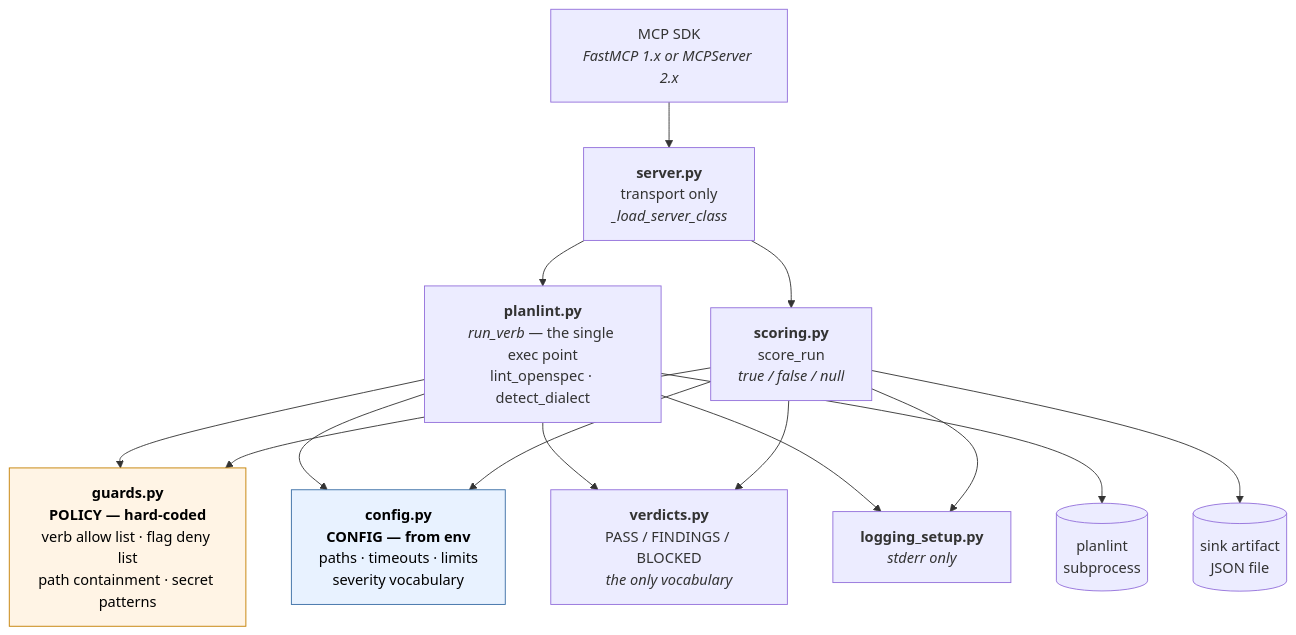
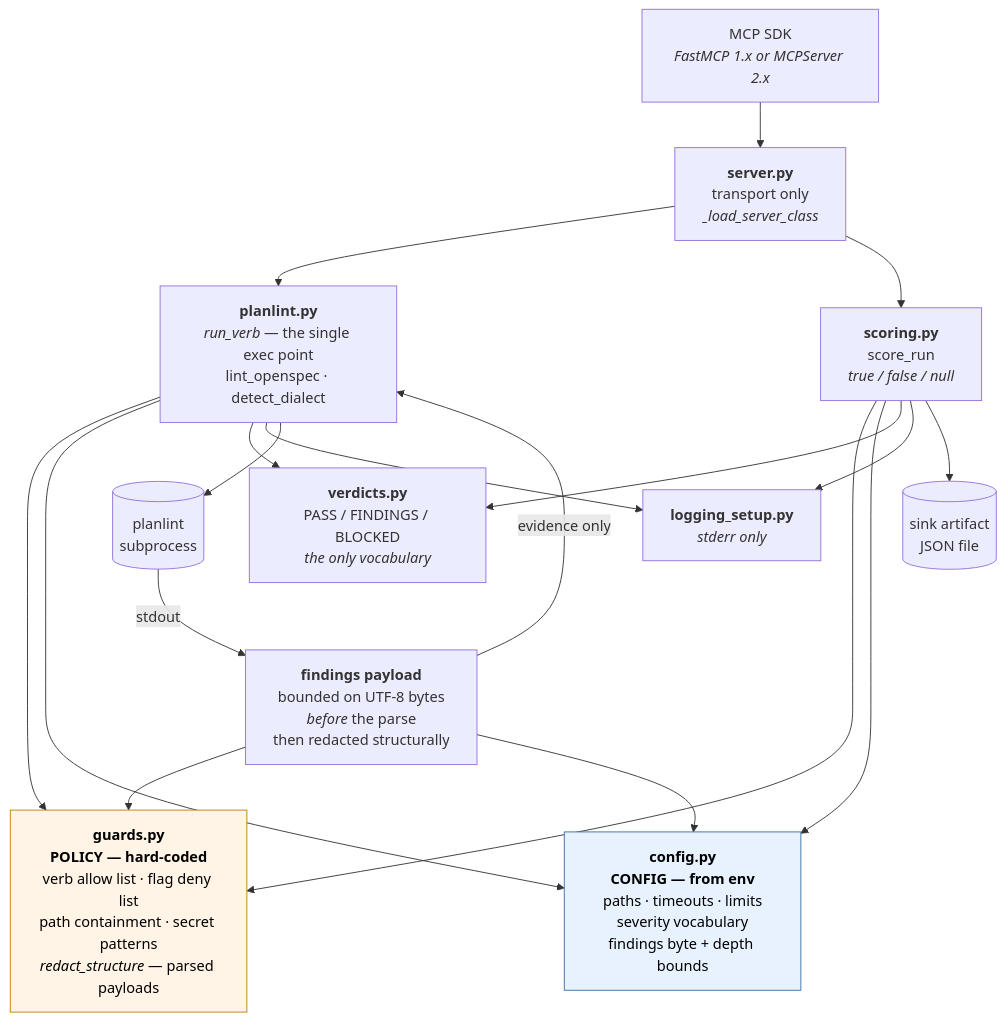
Before and after one commit to ianshank/Foundry-week-1: the third of 5 diagrams in docs/architecture/C4.md, drawn with Mermaid. The commit also changed other lines of this file and 27 other files, not shown here.

````diff
--- a/docs/architecture/C4.md
+++ b/docs/architecture/C4.md
@@ -110,35 +110,40 @@
 ```mermaid
 graph TD
     sdk["MCP SDK<br/><i>FastMCP 1.x or MCPServer 2.x</i>"]
     server["<b>server.py</b><br/>transport only<br/><i>_load_server_class</i>"]
 
     planlint_mod["<b>planlint.py</b><br/><i>run_verb</i> — the single exec point<br/>lint_openspec · detect_dialect"]
     scoring["<b>scoring.py</b><br/>score_run<br/><i>true / false / null</i>"]
 
-    guards["<b>guards.py</b><br/><b>POLICY — hard-coded</b><br/>verb allow list · flag deny list<br/>path containment · secret patterns"]
-    config["<b>config.py</b><br/><b>CONFIG — from env</b><br/>paths · timeouts · limits<br/>severity vocabulary"]
+    guards["<b>guards.py</b><br/><b>POLICY — hard-coded</b><br/>verb allow list · flag deny list<br/>path containment · secret patterns<br/><i>redact_structure</i> — parsed payloads"]
+    config["<b>config.py</b><br/><b>CONFIG — from env</b><br/>paths · timeouts · limits<br/>severity vocabulary<br/>findings byte + depth bounds"]
     verdicts["<b>verdicts.py</b><br/>PASS / FINDINGS / BLOCKED<br/><i>the only vocabulary</i>"]
     logs["<b>logging_setup.py</b><br/><i>stderr only</i>"]
 
     proc[("planlint<br/>subprocess")]
     artifact[("sink artifact<br/>JSON file")]
+    payload["<b>findings payload</b><br/>bounded on UTF-8 bytes<br/><i>before</i> the parse<br/>then redacted structurally"]
 
     sdk --> server
     server --> planlint_mod
     server --> scoring
     planlint_mod --> guards
     planlint_mod --> config
     planlint_mod --> verdicts
     planlint_mod --> logs
     scoring --> guards
     scoring --> config
     scoring --> verdicts
     scoring --> logs
     planlint_mod --> proc
     scoring --> artifact
+    proc -->|"stdout"| payload
+    payload -->|"evidence only"| planlint_mod
+    payload --> guards
+    payload --> config
 
     classDef policy fill:#fff4e5,stroke:#c47f00,color:#000
     classDef cfg fill:#e8f2ff,stroke:#3a6ea5,color:#000
     class guards policy
     class config cfg
 ```
````
